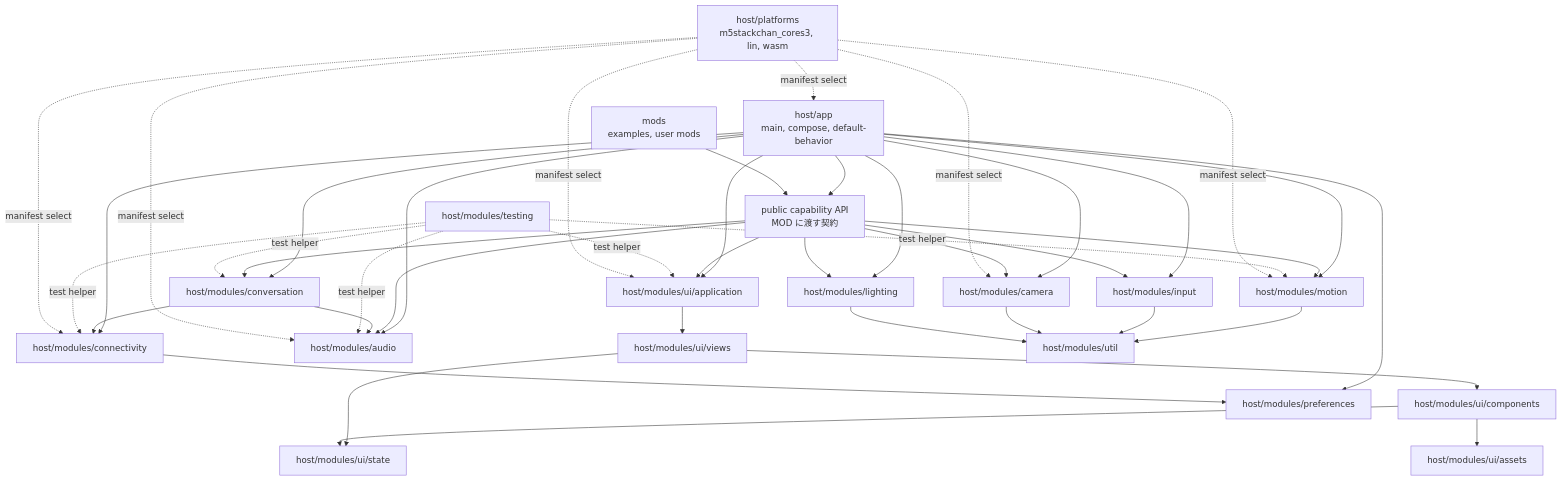
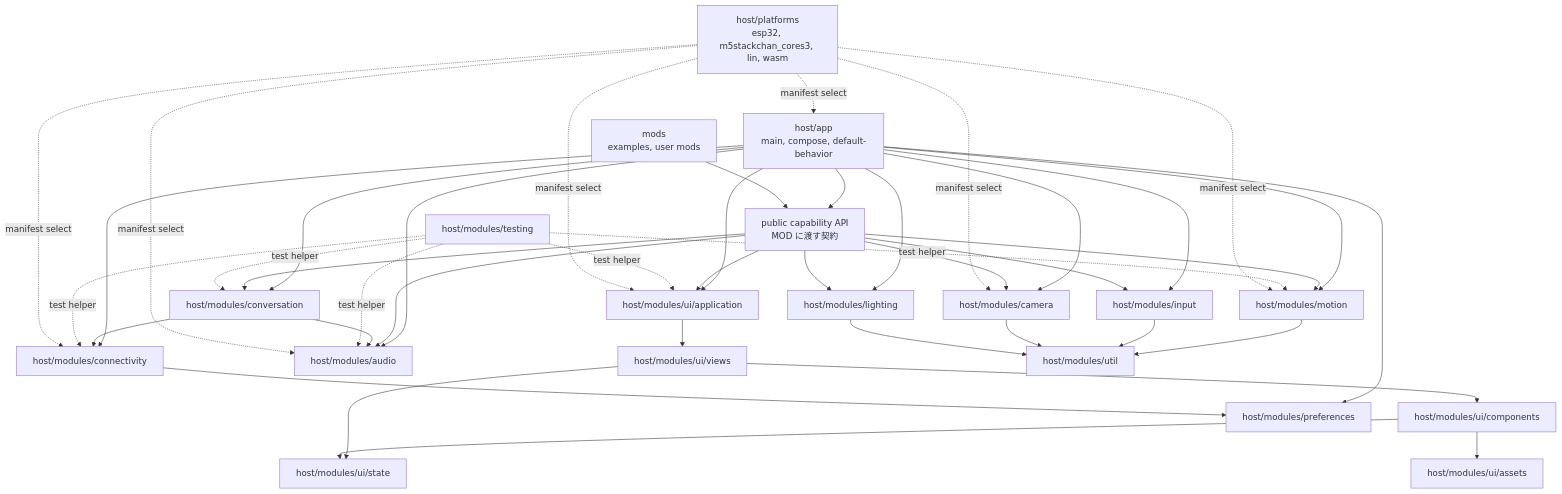
The diagram in docs/architecture/firmware-rearchitecture_ja.md (stack-chan/stack-chan), drawn with Mermaid before and after one commit. The commit also changed other lines of this file and 17 other files, not shown here.

````diff
--- a/docs/architecture/firmware-rearchitecture_ja.md
+++ b/docs/architecture/firmware-rearchitecture_ja.md
@@ -115,72 +116,72 @@
 ```mermaid
 flowchart TD
   App["host/app<br/>main, compose, default-behavior"]
   PublicAPI["public capability API<br/>MOD に渡す契約"]
   Mods["mods<br/>examples, user mods"]
 
   UIApp["host/modules/ui/application"]
   UIViews["host/modules/ui/views"]
   UIComponents["host/modules/ui/components"]
   UIState["host/modules/ui/state"]
   UIAssets["host/modules/ui/assets"]
 
   Audio["host/modules/audio"]
   Camera["host/modules/camera"]
   Conversation["host/modules/conversation"]
   Connectivity["host/modules/connectivity"]
   Input["host/modules/input"]
   Lighting["host/modules/lighting"]
   Motion["host/modules/motion"]
   Preferences["host/modules/preferences"]
   Util["host/modules/util"]
   Testing["host/modules/testing"]
 
-  Platforms["host/platforms<br/>m5stackchan_cores3, lin, wasm"]
+  Platforms["host/platforms<br/>esp32, m5stackchan_cores3, lin, wasm"]
 
   App --> PublicAPI
   App --> UIApp
   App --> Audio
   App --> Camera
   App --> Conversation
   App --> Connectivity
   App --> Input
   App --> Lighting
   App --> Motion
   App --> Preferences
 
   Mods --> PublicAPI
   PublicAPI --> UIApp
   PublicAPI --> Audio
   PublicAPI --> Conversation
   PublicAPI --> Motion
   PublicAPI --> Input
   PublicAPI --> Lighting
   PublicAPI --> Camera
 
   UIApp --> UIViews
   UIViews --> UIComponents
   UIViews --> UIState
   UIComponents --> UIState
   UIComponents --> UIAssets
 
   Conversation --> Audio
   Conversation --> Connectivity
   Connectivity --> Preferences
   Motion --> Util
   Input --> Util
   Camera --> Util
   Lighting --> Util
 
   Testing -. test helper .-> Audio
   Testing -. test helper .-> Conversation
   Testing -. test helper .-> Connectivity
   Testing -. test helper .-> Motion
   Testing -. test helper .-> UIApp
 
   Platforms -. manifest select .-> App
   Platforms -. manifest select .-> UIApp
   Platforms -. manifest select .-> Audio
   Platforms -. manifest select .-> Camera
   Platforms -. manifest select .-> Connectivity
   Platforms -. manifest select .-> Motion
 ```
````
